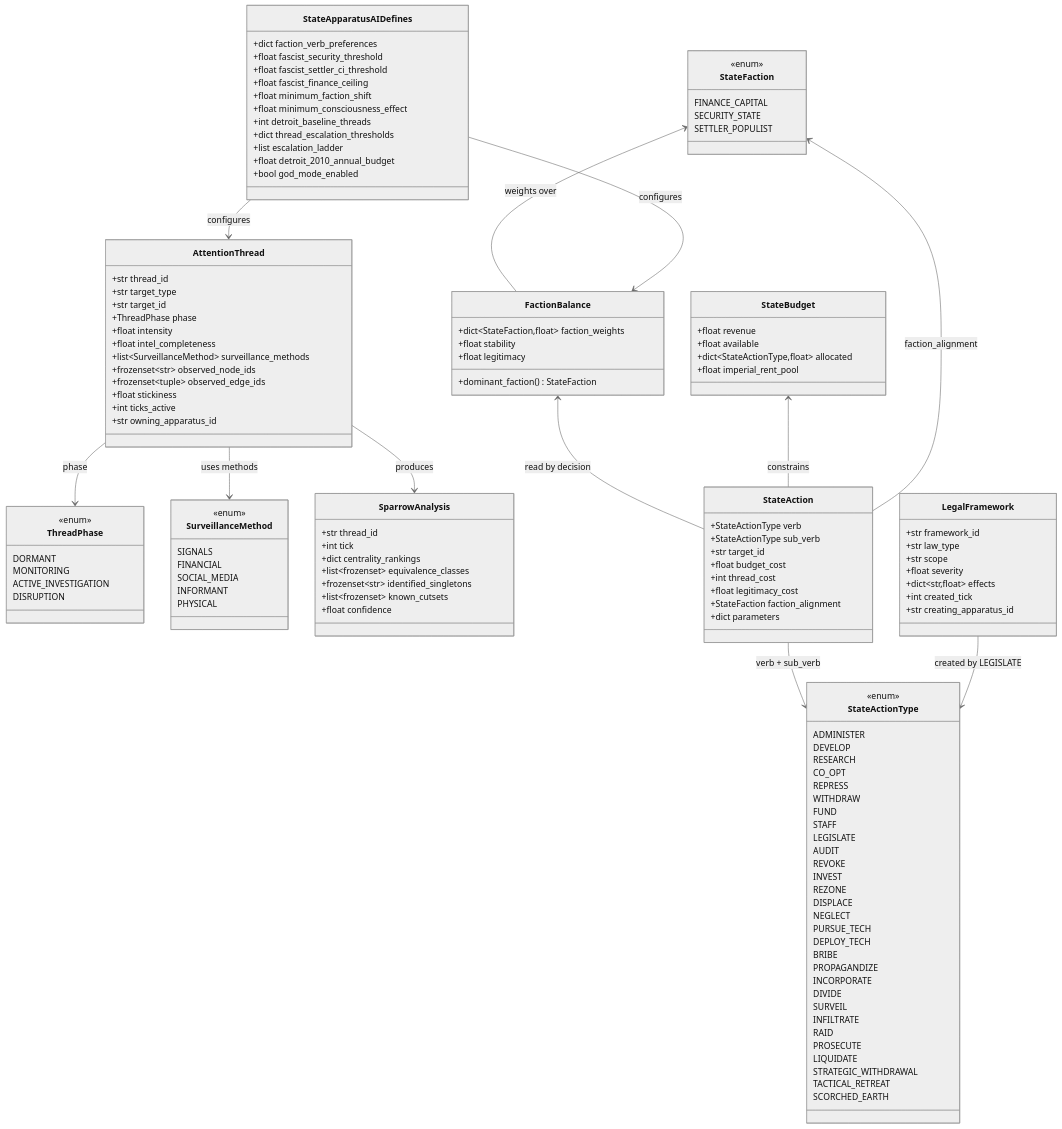
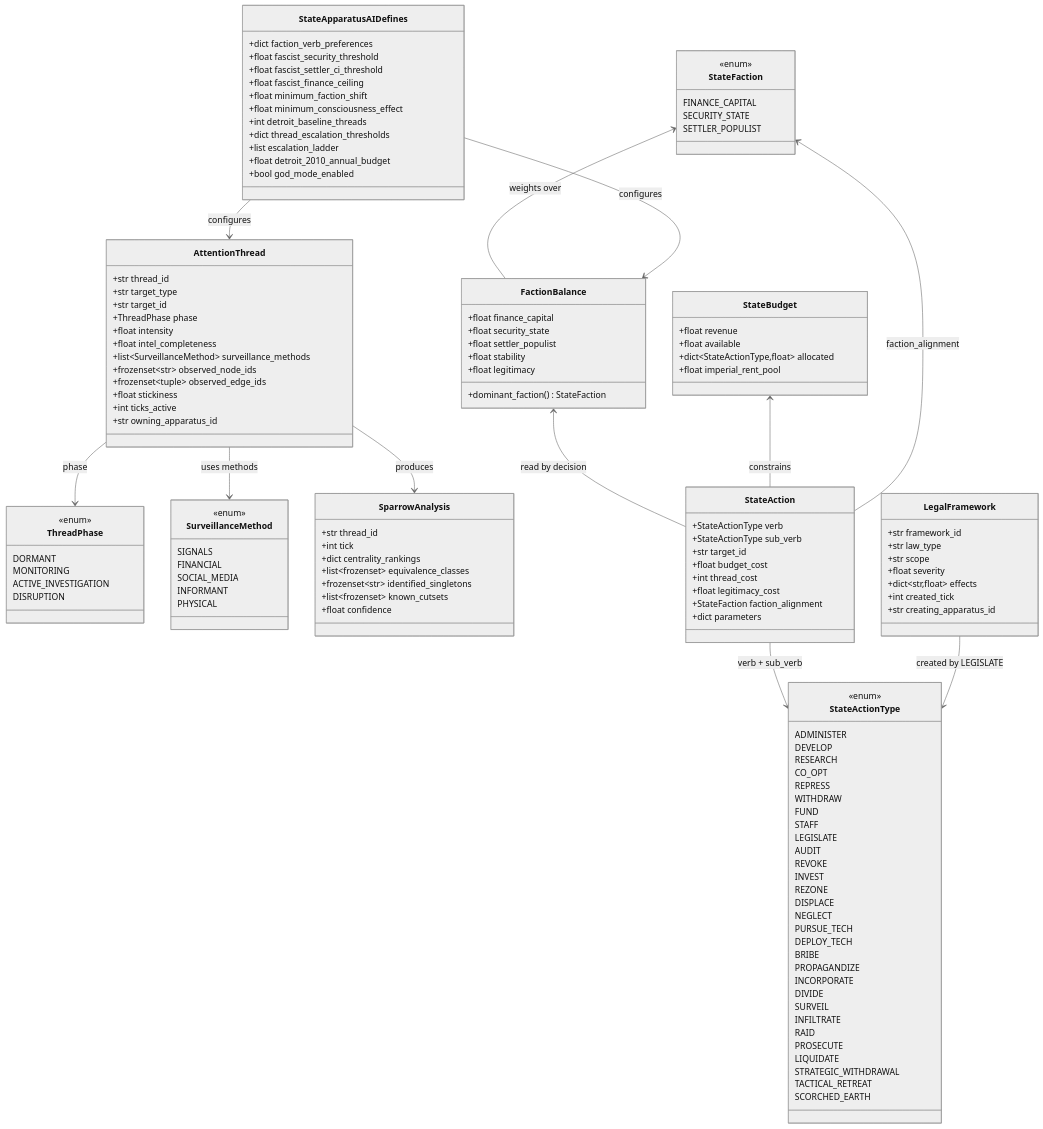
One commit to percy-raskova/babylon changed the first of 2 diagrams in specs/039-state-apparatus-ai/data-model.md. Above: the diagram before and after it, drawn with Mermaid (neutral theme). The commit also changed other lines of this file and 3 other files, not shown here.

```diff
--- a/specs/039-state-apparatus-ai/data-model.md
+++ b/specs/039-state-apparatus-ai/data-model.md
@@ -69,7 +69,9 @@
     }
 
     class FactionBalance {
-        +dict~StateFaction,float~ faction_weights
+        +float finance_capital
+        +float security_state
+        +float settler_populist
         +float stability
         +float legitimacy
         +dominant_faction() StateFaction
```
